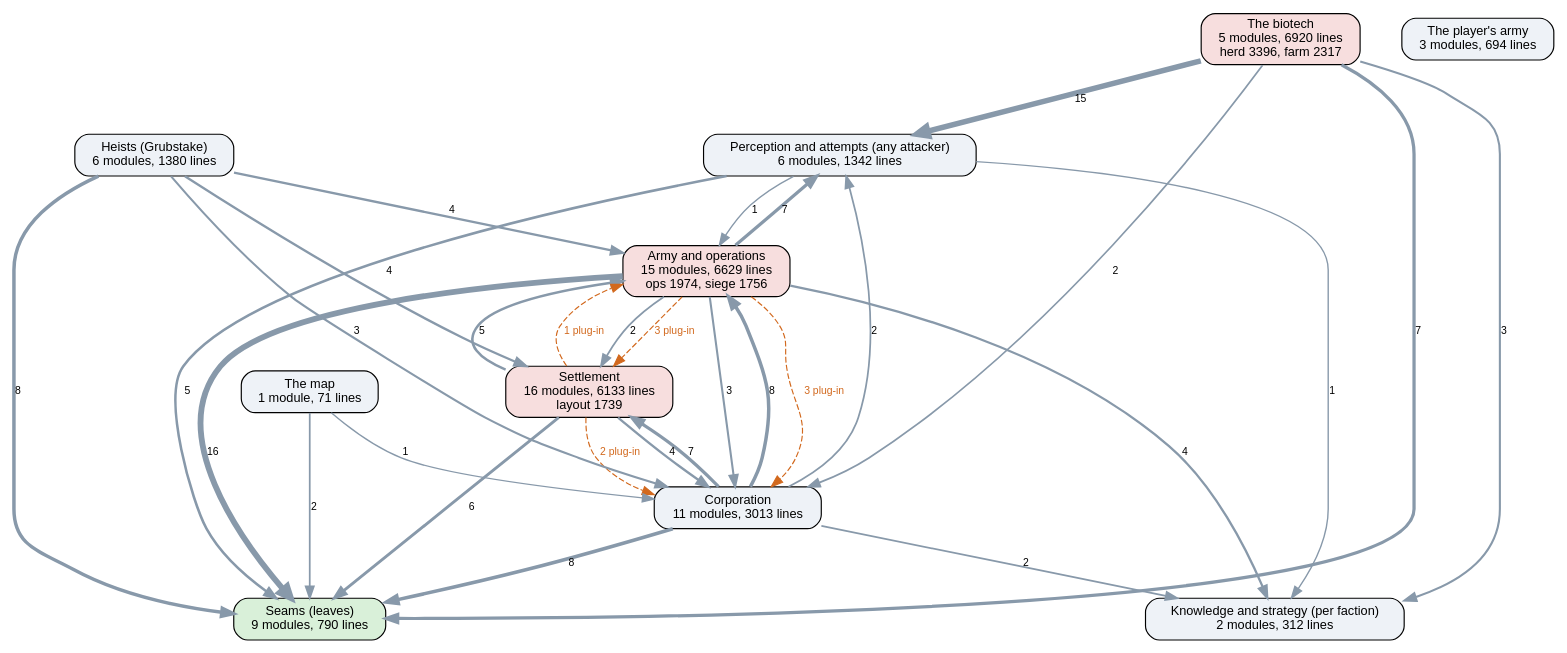
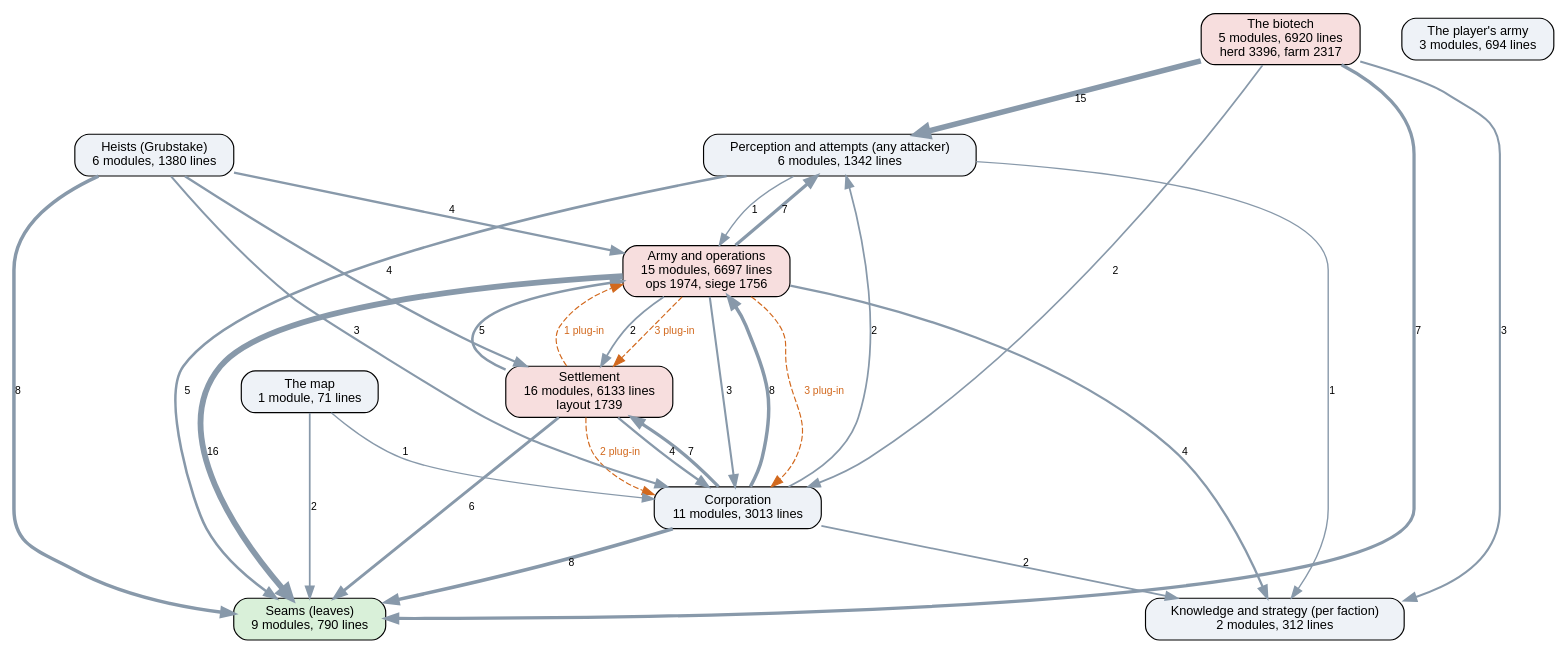
One commit to kinelhu/landing-party changed the diagram in docs/ai-layers.dot. Above: the diagram before and after it, drawn with Graphviz. The commit also changed 13 other files, not shown here.

```diff
--- a/docs/ai-layers.dot
+++ b/docs/ai-layers.dot
@@ -1,45 +1,45 @@
 digraph layers {
   graph [rankdir=TB, fontname="Helvetica", nodesep=0.5, ranksep=0.7];
   node [shape=box, style="rounded,filled", fontname="Helvetica", fontsize=11, fillcolor="#eef2f7"];
   edge [color="#8899aa", fontname="Helvetica", fontsize=9];
   "Seams (leaves)" [label="Seams (leaves)\n9 modules, 790 lines", fillcolor="#d9f0d9"];
   "Perception and attempts (any attacker)" [label="Perception and attempts (any attacker)\n6 modules, 1342 lines", fillcolor="#eef2f7"];
   "Knowledge and strategy (per faction)" [label="Knowledge and strategy (per faction)\n2 modules, 312 lines", fillcolor="#eef2f7"];
   "Corporation" [label="Corporation\n11 modules, 3013 lines", fillcolor="#eef2f7"];
   "Settlement" [label="Settlement\n16 modules, 6133 lines\nlayout 1739", fillcolor="#f7dede"];
-  "Army and operations" [label="Army and operations\n15 modules, 6629 lines\nops 1974, siege 1756", fillcolor="#f7dede"];
+  "Army and operations" [label="Army and operations\n15 modules, 6697 lines\nops 1974, siege 1756", fillcolor="#f7dede"];
   "Heists (Grubstake)" [label="Heists (Grubstake)\n6 modules, 1380 lines", fillcolor="#eef2f7"];
   "The biotech" [label="The biotech\n5 modules, 6920 lines\nherd 3396, farm 2317", fillcolor="#f7dede"];
   "The map" [label="The map\n1 module, 71 lines", fillcolor="#eef2f7"];
   "The player's army" [label="The player's army\n3 modules, 694 lines", fillcolor="#eef2f7"];
   "Army and operations" -> "Corporation" [label="3", penwidth=1.8];
   "Army and operations" -> "Knowledge and strategy (per faction)" [label="4", penwidth=2.0];
   "Army and operations" -> "Perception and attempts (any attacker)" [label="7", penwidth=2.8];
   "Army and operations" -> "Seams (leaves)" [label="16", penwidth=5.0];
   "Army and operations" -> "Settlement" [label="2", penwidth=1.5];
   "Corporation" -> "Army and operations" [label="8", penwidth=3.0];
   "Corporation" -> "Knowledge and strategy (per faction)" [label="2", penwidth=1.5];
   "Corporation" -> "Perception and attempts (any attacker)" [label="2", penwidth=1.5];
   "Corporation" -> "Seams (leaves)" [label="8", penwidth=3.0];
   "Corporation" -> "Settlement" [label="7", penwidth=2.8];
   "Heists (Grubstake)" -> "Army and operations" [label="4", penwidth=2.0];
   "Heists (Grubstake)" -> "Corporation" [label="3", penwidth=1.8];
   "Heists (Grubstake)" -> "Seams (leaves)" [label="8", penwidth=3.0];
   "Heists (Grubstake)" -> "Settlement" [label="4", penwidth=2.0];
   "Perception and attempts (any attacker)" -> "Army and operations" [label="1", penwidth=1.2];
   "Perception and attempts (any attacker)" -> "Knowledge and strategy (per faction)" [label="1", penwidth=1.2];
   "Perception and attempts (any attacker)" -> "Seams (leaves)" [label="5", penwidth=2.2];
   "Settlement" -> "Army and operations" [label="5", penwidth=2.2];
   "Settlement" -> "Corporation" [label="4", penwidth=2.0];
   "Settlement" -> "Seams (leaves)" [label="6", penwidth=2.5];
   "The biotech" -> "Corporation" [label="2", penwidth=1.5];
   "The biotech" -> "Knowledge and strategy (per faction)" [label="3", penwidth=1.8];
   "The biotech" -> "Perception and attempts (any attacker)" [label="15", penwidth=4.8];
   "The biotech" -> "Seams (leaves)" [label="7", penwidth=2.8];
   "The map" -> "Corporation" [label="1", penwidth=1.2];
   "The map" -> "Seams (leaves)" [label="2", penwidth=1.5];
   "Army and operations" -> "Corporation" [style=dashed, color="#d2691e", fontcolor="#d2691e", label="3 plug-in"];
   "Army and operations" -> "Settlement" [style=dashed, color="#d2691e", fontcolor="#d2691e", label="3 plug-in"];
   "Settlement" -> "Army and operations" [style=dashed, color="#d2691e", fontcolor="#d2691e", label="1 plug-in"];
   "Settlement" -> "Corporation" [style=dashed, color="#d2691e", fontcolor="#d2691e", label="2 plug-in"];
 }
```
